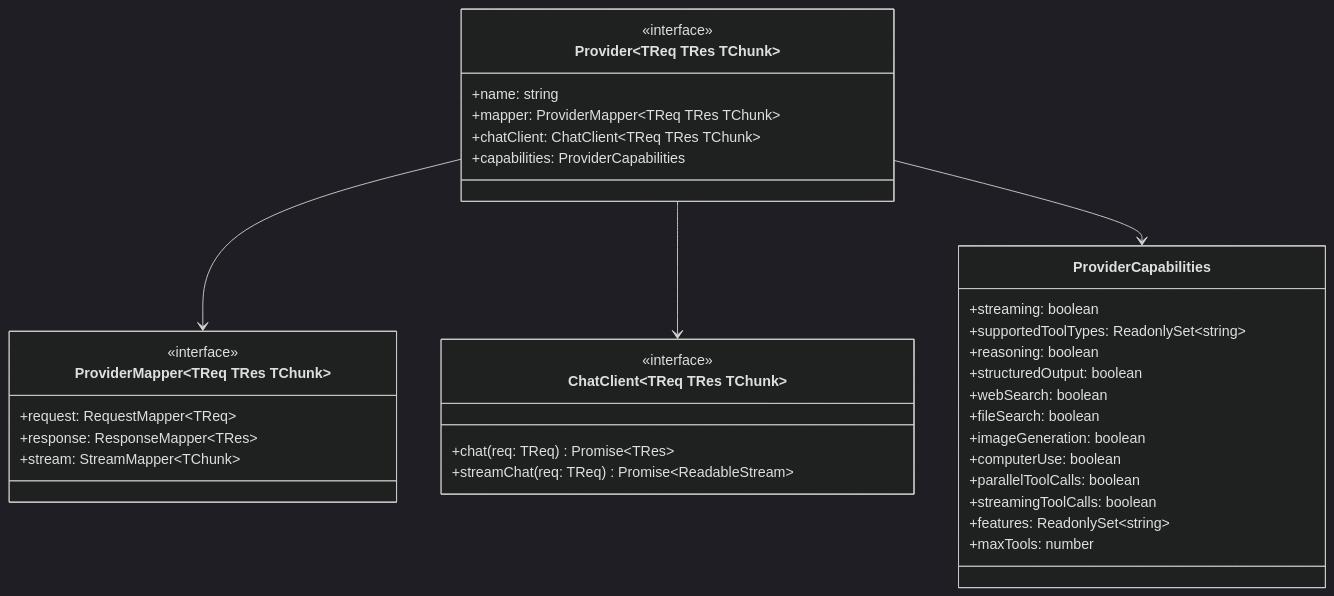
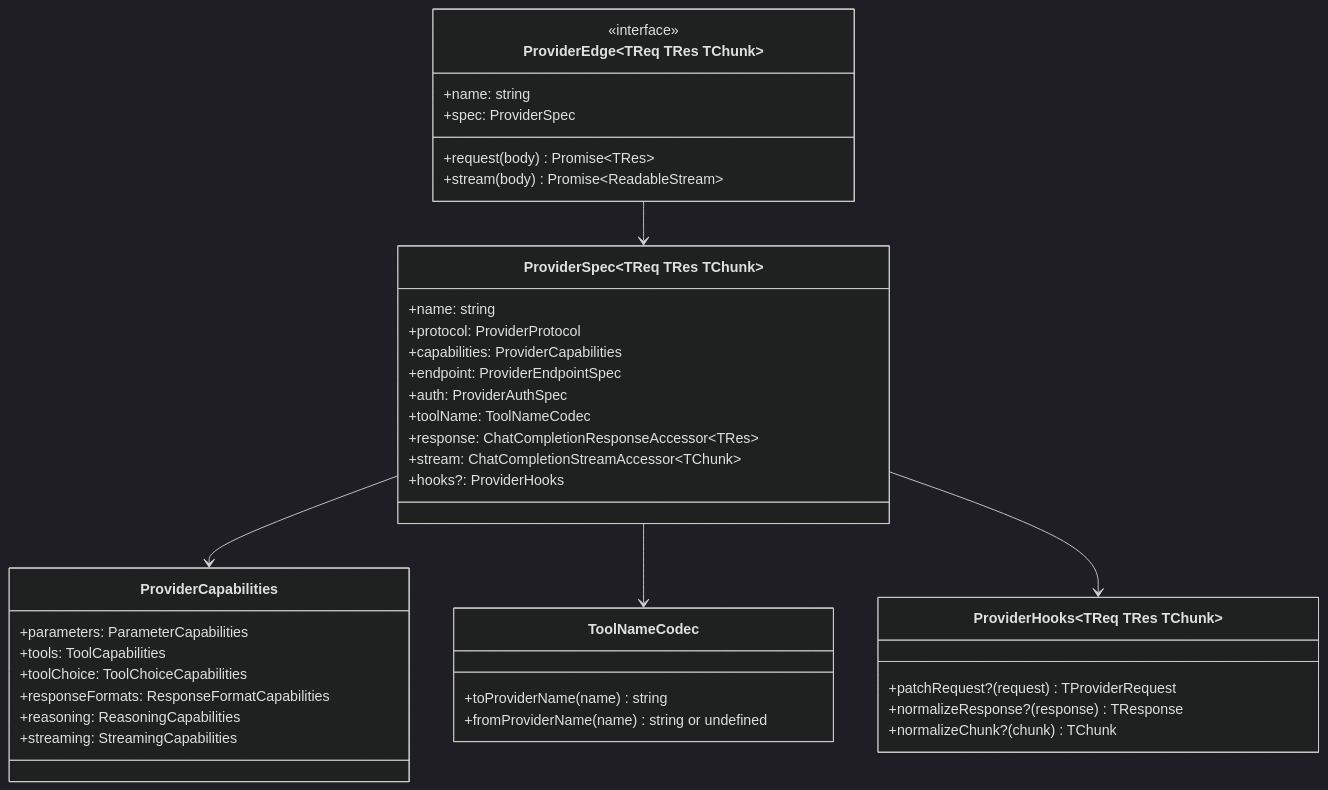
Before and after one commit to zamelee/GodeX: the diagram in wiki/03-provider-development/provider-interface.md, drawn with Mermaid (dark theme). The commit also changed other lines of this file and 46 other files, not shown here.

````diff
--- a/wiki/03-provider-development/provider-interface.md
+++ b/wiki/03-provider-development/provider-interface.md
@@ -13,44 +13,49 @@
 ```mermaid
 classDiagram
   direction TB
 
-  class Provider~TReq TRes TChunk~ {
+  class ProviderSpec~TReq TRes TChunk~ {
+    +name: string
+    +protocol: ProviderProtocol
+    +capabilities: ProviderCapabilities
+    +endpoint: ProviderEndpointSpec
+    +auth: ProviderAuthSpec
+    +toolName: ToolNameCodec
+    +response: ChatCompletionResponseAccessor~TRes~
+    +stream: ChatCompletionStreamAccessor~TChunk~
+    +hooks?: ProviderHooks
+  }
+
+  class ProviderEdge~TReq TRes TChunk~ {
     <<interface>>
     +name: string
-    +mapper: ProviderMapper~TReq TRes TChunk~
-    +chatClient: ChatClient~TReq TRes TChunk~
-    +capabilities: ProviderCapabilities
+    +spec: ProviderSpec
+    +request(body) Promise~TRes~
+    +stream(body) Promise~ReadableStream~
   }
 
-  class ProviderMapper~TReq TRes TChunk~ {
-    <<interface>>
-    +request: RequestMapper~TReq~
-    +response: ResponseMapper~TRes~
-    +stream: StreamMapper~TChunk~
-  }
-
-  class ChatClient~TReq TRes TChunk~ {
-    <<interface>>
-    +chat(req: TReq) Promise~TRes~
-    +streamChat(req: TReq) Promise~ReadableStream~
+  class ProviderHooks~TReq TRes TChunk~ {
+    +patchRequest?(request) TProviderRequest
+    +normalizeResponse?(response) TResponse
+    +normalizeChunk?(chunk) TChunk
   }
 
   class ProviderCapabilities {
-    +streaming: boolean
-    +supportedToolTypes: ReadonlySet~string~
-    +reasoning: boolean
-    +structuredOutput: boolean
-    +webSearch: boolean
-    +fileSearch: boolean
-    +imageGeneration: boolean
-    +computerUse: boolean
-    +parallelToolCalls: boolean
-    +streamingToolCalls: boolean
-    +features: ReadonlySet~string~
-    +maxTools: number
+    +parameters: ParameterCapabilities
+    +tools: ToolCapabilities
+    +toolChoice: ToolChoiceCapabilities
+    +responseFormats: ResponseFormatCapabilities
+    +reasoning: ReasoningCapabilities
+    +streaming: StreamingCapabilities
   }
 
-  Provider --> ProviderMapper
-  Provider --> ChatClient
-  Provider --> ProviderCapabilities
+  class ToolNameCodec {
+    +toProviderName(name) string
+    +fromProviderName(name) string or undefined
+  }
+
+  ProviderEdge --> ProviderSpec
+  ProviderSpec --> ProviderCapabilities
+  ProviderSpec --> ToolNameCodec
+  ProviderSpec --> ProviderHooks
 ```
````
